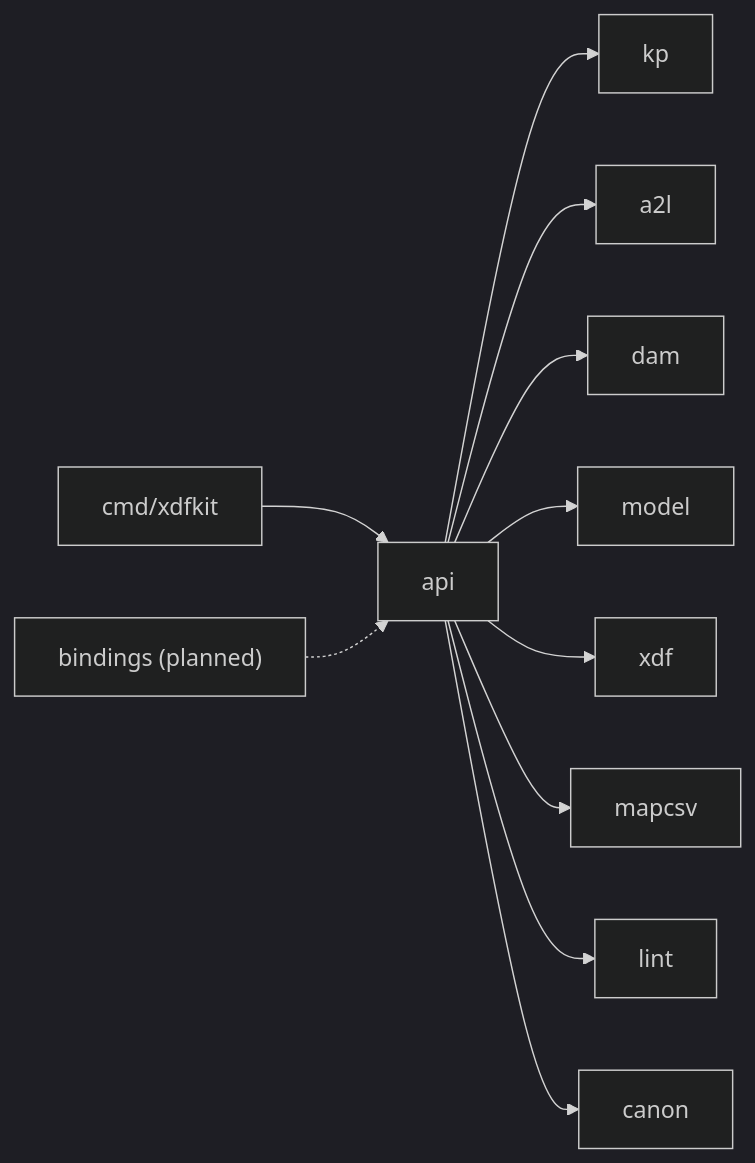
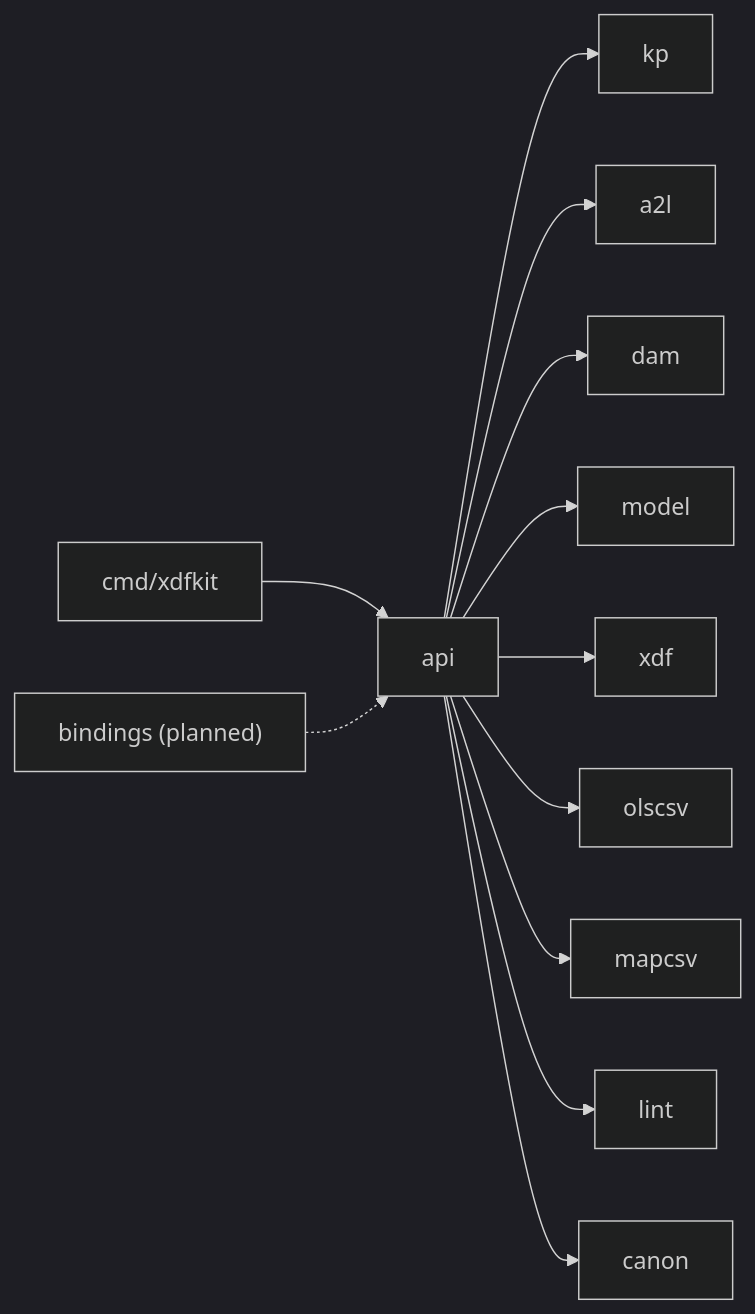
Before and after one commit to nyetlabs/xdfkit: the second of 2 diagrams in DEVELOPER.md, drawn with Mermaid (dark theme). The commit also changed 37 other files, not shown here.

````diff
--- a/DEVELOPER.md
+++ b/DEVELOPER.md
@@ -36,13 +36,14 @@
 ```mermaid
 flowchart LR
   cli["cmd/xdfkit"] --> api["api"]
   bindings["bindings (planned)"] -.-> api
   api --> kp["kp"]
   api --> a2l["a2l"]
   api --> dam["dam"]
   api --> model["model"]
   api --> xdf["xdf"]
+  api --> olscsv["olscsv"]
   api --> mapcsv["mapcsv"]
   api --> lint["lint"]
   api --> canon["canon"]
 ```
````
